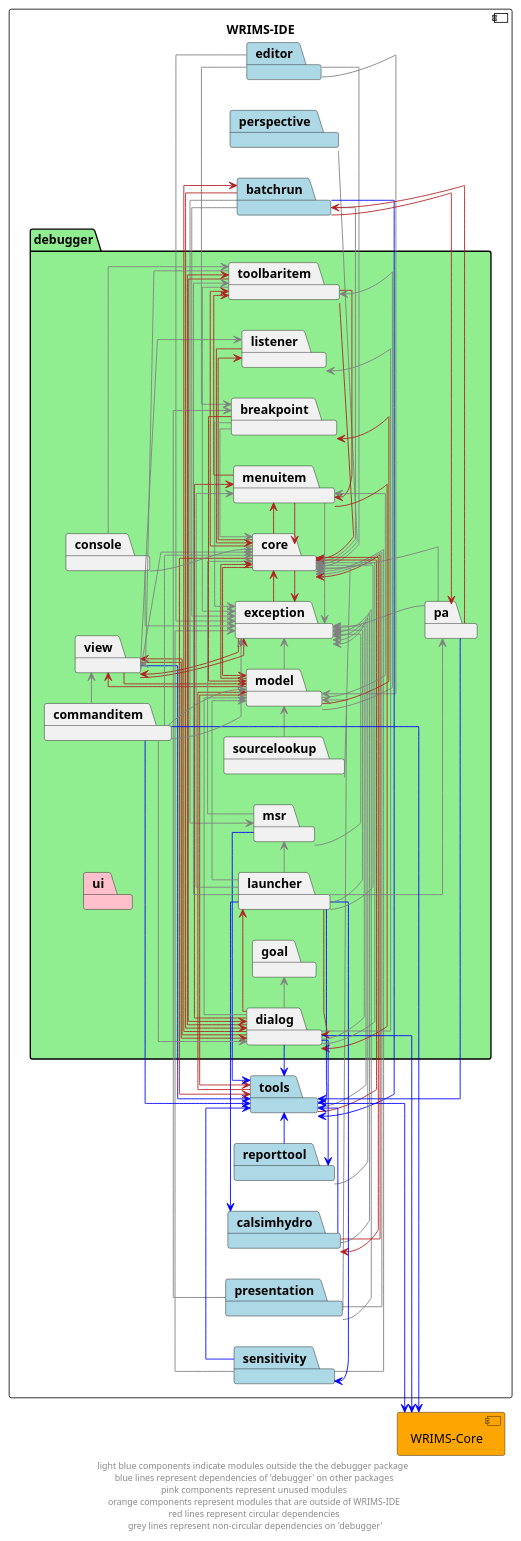
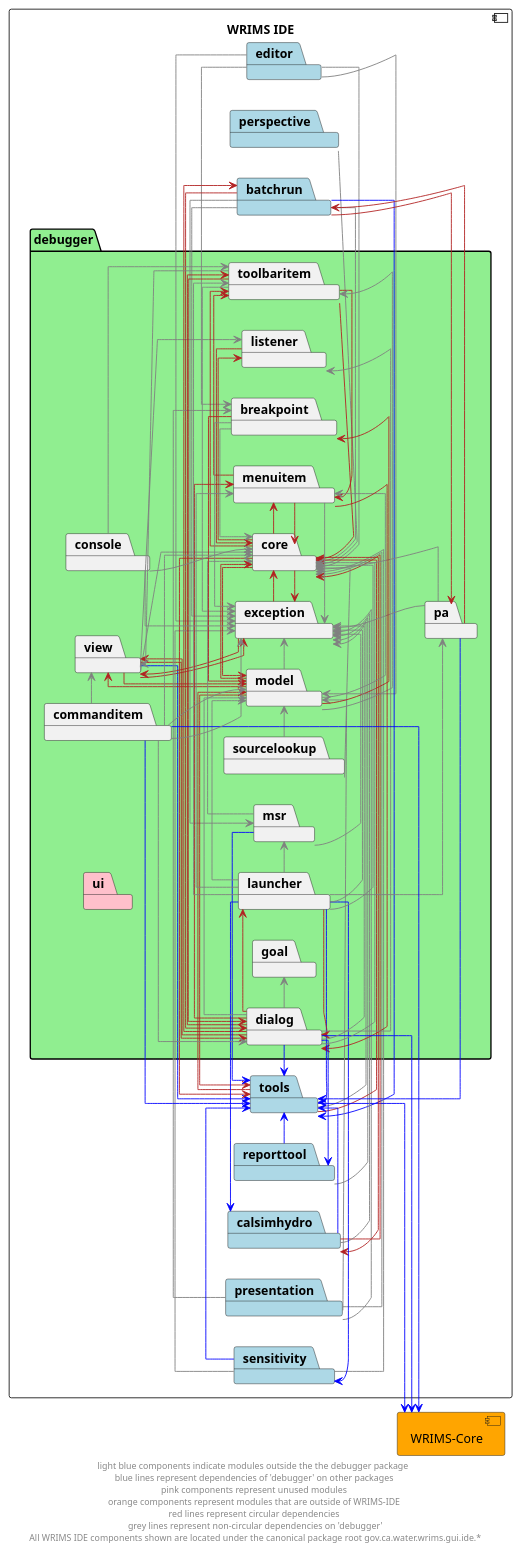
One commit to CentralValleyModeling/wrims-gui changed the diagram in docs/diagrams/wrims-modules/wrims-ide/wrims-ide-debugger-interdeps.puml. Above: the diagram before and after it, drawn with PlantUML. The commit also changed 21 other files, not shown here.

Commit message:
Updated diagrams with missing canonical tld paths

```diff
--- a/docs/diagrams/wrims-modules/wrims-ide/wrims-ide-debugger-interdeps.puml
+++ b/docs/diagrams/wrims-modules/wrims-ide/wrims-ide-debugger-interdeps.puml
@@ -1,165 +1,165 @@
 @startuml
 left to right direction
 skinparam linetype ortho
 
-component WRIMS-IDE {
+component WRIMS_IDE as "WRIMS IDE" {
     package debugger #lightgreen {
         package breakpoint
         package commanditem
         package console
         package core
         package dialog
         package exception
         package goal
         package launcher
         package listener
         package menuitem
         package model
         package msr
         package pa
         package sourcelookup
         package toolbaritem
         package ui #pink
         package view
     }
     package tools #lightblue
     package batchrun #lightblue
     package sensitivity #lightblue
     package calsimhydro #lightblue
     package reporttool #lightblue
     package editor #lightblue
     package perspective #lightblue
     package presentation #lightblue
 }
 component WRIMS_Core as "WRIMS-Core" #orange
 
 view -down-> tools #blue
 view -down-> core #grey
 view -> dialog  #firebrick
 view -> exception #firebrick
 view -> listener #grey
 view -u-> model #firebrick
 
 editor -> core #grey
 editor -> exception #grey
 editor -> model #grey
 editor -> breakpoint #grey
 
 perspective -> core #grey
 
 batchrun -> core #grey
 batchrun -> tools #blue
 batchrun -> exception #grey
 batchrun -> dialog #firebrick
 batchrun -> msr #grey
 batchrun -> pa #firebrick
 
 presentation -> model #grey
 presentation -> core #grey
 presentation -> exception #grey
 presentation -> breakpoint #grey
 
 reporttool -> exception #grey
 reporttool -> tools #blue
 
 sensitivity -> exception #grey
 sensitivity -> tools #blue
 sensitivity -> core #grey
 
 tools -> core #firebrick
 tools -> exception #grey
 tools -> model #firebrick
 tools -> WRIMS_Core #blue
 
 calsimhydro -> core #firebrick
 calsimhydro -> exception #grey
 calsimhydro -> tools #blue
 
 toolbaritem -> exception #grey
 toolbaritem -u-> view #grey
 toolbaritem -> core #firebrick
 toolbaritem -> dialog #firebrick
 toolbaritem -> menuitem #firebrick
 
 sourcelookup -> model #grey
 sourcelookup -> core #grey
 
 pa -down-> tools #blue
 pa -down-> batchrun #firebrick
 pa -u-> core #grey
 pa -> exception #grey
 
 msr -> tools #blue
 msr -> core #grey
 msr -> exception #grey
 
 model -l-> tools #firebrick
 model -r-> core #firebrick
 model -> view #firebrick
 model -> breakpoint #firebrick
 model -> exception #grey
 model -> menuitem #grey
 model -> toolbaritem #grey
 
 menuitem -> dialog #firebrick
 menuitem -> core #firebrick
 menuitem -> exception #grey
 menuitem -> toolbaritem #firebrick
 
 listener -> core #firebrick
 
 launcher -down-> sensitivity #blue
 launcher -down-> calsimhydro #blue
 launcher -> tools #blue
 launcher -> core #grey
 launcher -> exception #grey
 launcher -> dialog #firebrick
 launcher -> menuitem #grey
 launcher -> toolbaritem #grey
 launcher -> model #grey
 launcher -> msr #grey
 launcher -> pa #grey
 
 exception -> core #firebrick
 exception -> view #firebrick
 
 dialog -> batchrun #firebrick
 dialog -> tools #blue
 dialog -down-> reporttool #blue
 dialog -down-> WRIMS_Core #blue
 dialog -> core #grey
 dialog -> exception #grey
 dialog -> model #grey
 dialog -> view #firebrick
 dialog -> goal #grey
 dialog -> listener #grey
 dialog -> launcher #firebrick
 dialog -> menuitem #firebrick
 dialog -> toolbaritem #firebrick
 
 core -> tools  #firebrick
 core -> calsimhydro #firebrick
 core -> model #firebrick
 core -> toolbaritem #firebrick
 core -> exception #firebrick
 core -> menuitem #firebrick
 core -> listener #firebrick
 
 console -> toolbaritem #grey
 console --> core #grey
 console -> exception #grey
 
 commanditem -down-> WRIMS_Core #blue
 commanditem -> tools #blue
 commanditem -> core #grey
 commanditem -> dialog #grey
 commanditem -> exception #grey
 commanditem -> model #grey
 commanditem -> view #grey
 
 breakpoint -> core #grey
 breakpoint -> exception #grey
 breakpoint -> model #firebrick
 
-footer "light blue components indicate modules outside the the debugger package \n blue lines represent dependencies of 'debugger' on other packages \n pink components represent unused modules \n orange components represent modules that are outside of WRIMS-IDE \n red lines represent circular dependencies \n grey lines represent non-circular dependencies on 'debugger'"
+footer "light blue components indicate modules outside the the debugger package \n blue lines represent dependencies of 'debugger' on other packages \n pink components represent unused modules \n orange components represent modules that are outside of WRIMS-IDE \n red lines represent circular dependencies \n grey lines represent non-circular dependencies on 'debugger'\n All WRIMS IDE components shown are located under the canonical package root gov.ca.water.wrims.gui.ide.*"
 @enduml
```
